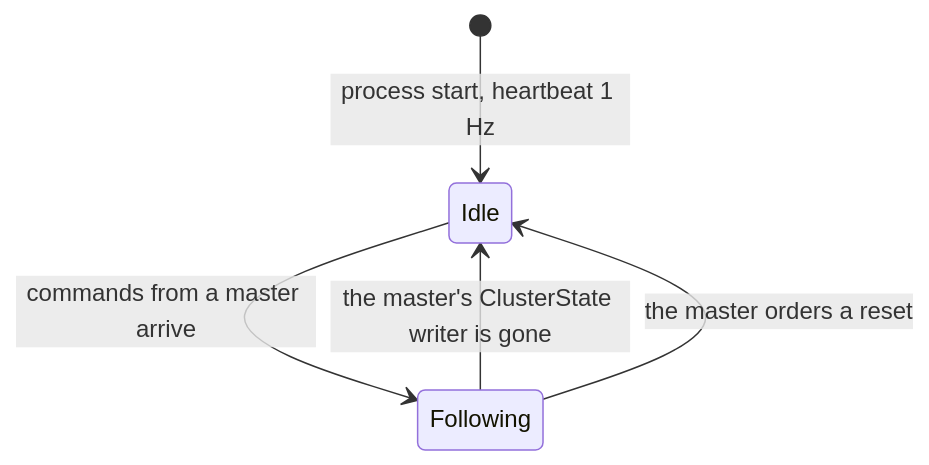
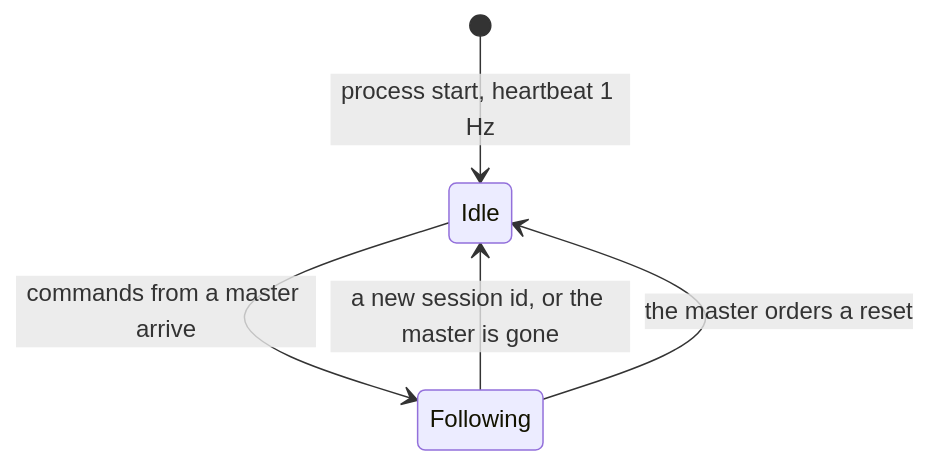
The eighth of 8 diagrams in docs/blueprints/Architect_Question_91_Player_Nodes.md (pjanec/HROT), drawn with Mermaid before and after one commit. The commit also changed other lines of this file, not shown here.

First line of the commit message:
docs(Q91 §4-I): I5 a cluster session id — none exists today; I3 superseded (timing-dependent), I6 stale durable data

````diff
--- a/docs/blueprints/Architect_Question_91_Player_Nodes.md
+++ b/docs/blueprints/Architect_Question_91_Player_Nodes.md
@@ -738,7 +741,7 @@
 ```mermaid
 stateDiagram-v2
   [*] --> Idle: process start, heartbeat 1 Hz
   Idle --> Following: commands from a master arrive
-  Following --> Idle: the master's ClusterState writer is gone
+  Following --> Idle: a new session id, or the master is gone
   Following --> Idle: the master orders a reset
 ```
````
